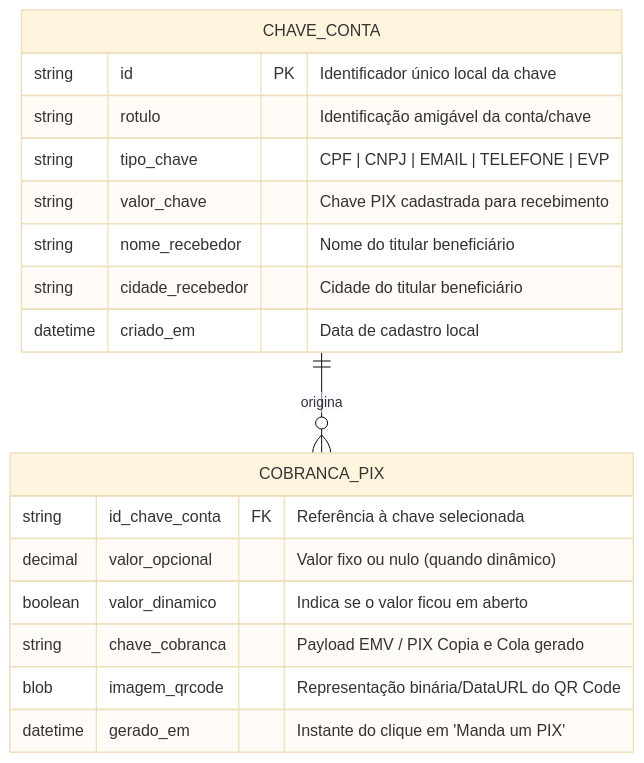
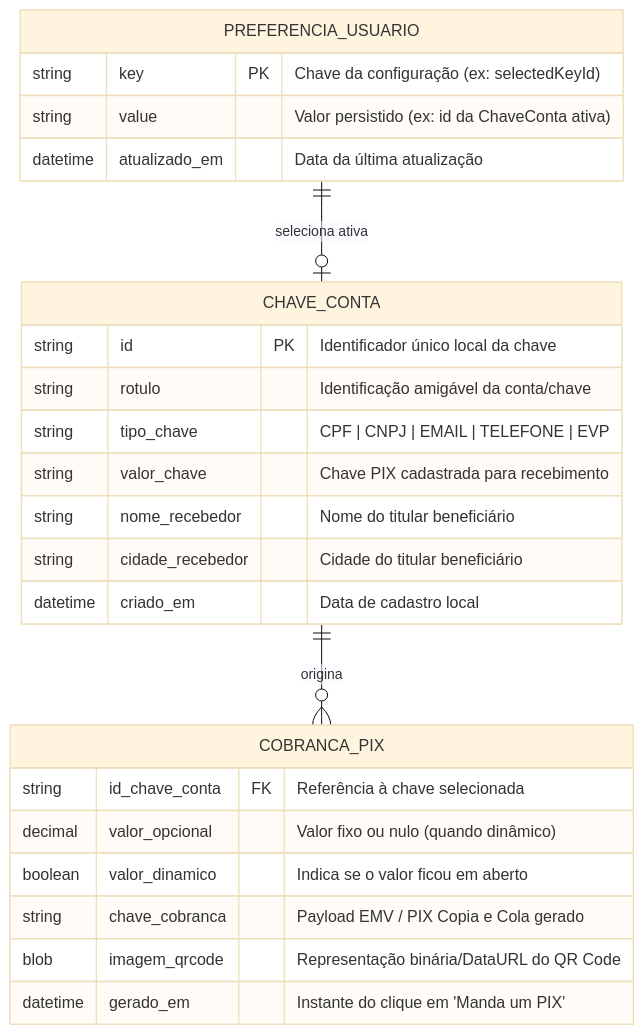
The diagram in docs/design/data_models.md (luizcanet/mandaumpix.app), drawn with Mermaid (base theme) before and after one commit. The commit also changed other lines of this file and 13 other files, not shown here.

Commit message:
docs: update changelog and architecture documentation for local persistence and updates

````diff
--- a/docs/design/data_models.md
+++ b/docs/design/data_models.md
@@ -13,23 +13,30 @@
 ```mermaid
 erDiagram
+    PREFERENCIA_USUARIO ||--o| CHAVE_CONTA : "seleciona ativa"
     CHAVE_CONTA ||--o{ COBRANCA_PIX : "origina"
+
+    PREFERENCIA_USUARIO {
+        string key PK "Chave da configuração (ex: selectedKeyId)"
+        string value "Valor persistido (ex: id da ChaveConta ativa)"
+        datetime atualizado_em "Data da última atualização"
+    }
 
     CHAVE_CONTA {
         string id PK "Identificador único local da chave"
         string rotulo "Identificação amigável da conta/chave"
         string tipo_chave "CPF | CNPJ | EMAIL | TELEFONE | EVP"
         string valor_chave "Chave PIX cadastrada para recebimento"
         string nome_recebedor "Nome do titular beneficiário"
         string cidade_recebedor "Cidade do titular beneficiário"
         datetime criado_em "Data de cadastro local"
     }
 
     COBRANCA_PIX {
         string id_chave_conta FK "Referência à chave selecionada"
         decimal valor_opcional "Valor fixo ou nulo (quando dinâmico)"
         boolean valor_dinamico "Indica se o valor ficou em aberto"
         string chave_cobranca "Payload EMV / PIX Copia e Cola gerado"
         blob imagem_qrcode "Representação binária/DataURL do QR Code"
         datetime gerado_em "Instante do clique em 'Manda um PIX'"
     }
 ```
````
